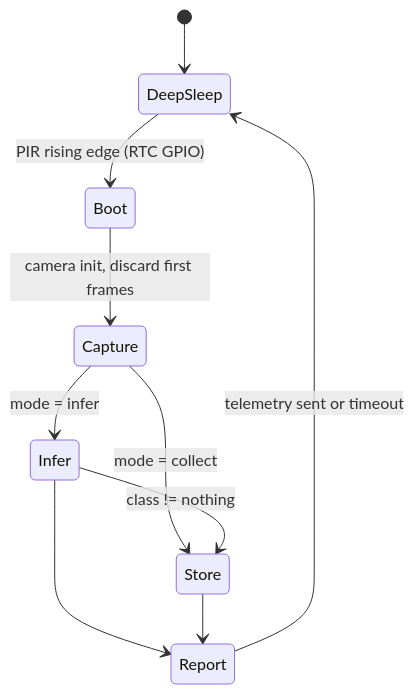
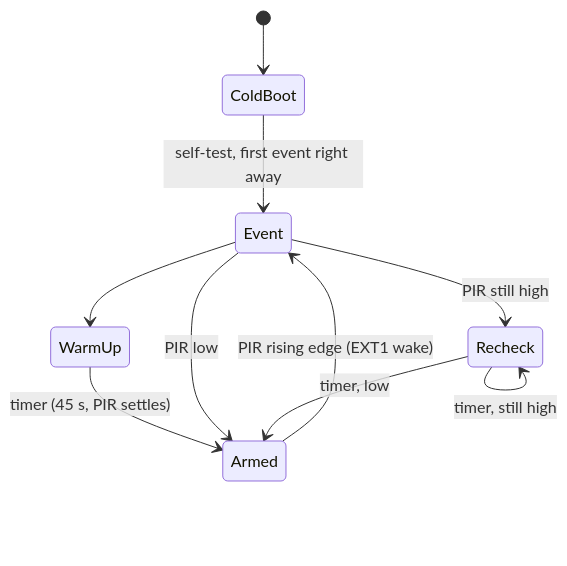
One commit to FranciscoLiquito19/esp32-edge-mlops changed the second of 3 diagrams in docs/ARCHITECTURE.md. Above: the diagram before and after it, drawn with Mermaid. The commit also changed other lines of this file and 11 other files, not shown here.

````diff
--- a/docs/ARCHITECTURE.md
+++ b/docs/ARCHITECTURE.md
@@ -27,12 +54,12 @@
 ```mermaid
 stateDiagram-v2
-    [*] --> DeepSleep
-    DeepSleep --> Boot: PIR rising edge (RTC GPIO)
-    Boot --> Capture: camera init, discard first frames
-    Capture --> Infer: mode = infer
-    Capture --> Store: mode = collect
-    Infer --> Store: class != nothing
-    Infer --> Report
-    Store --> Report
-    Report --> DeepSleep: telemetry sent or timeout
+    [*] --> ColdBoot
+    ColdBoot --> Event: self-test, first event right away
+    Event --> WarmUp
+    WarmUp --> Armed: timer (45 s, PIR settles)
+    Armed --> Event: PIR rising edge (EXT1 wake)
+    Event --> Recheck: PIR still high
+    Event --> Armed: PIR low
+    Recheck --> Recheck: timer, still high
+    Recheck --> Armed: timer, low
 ```
````
